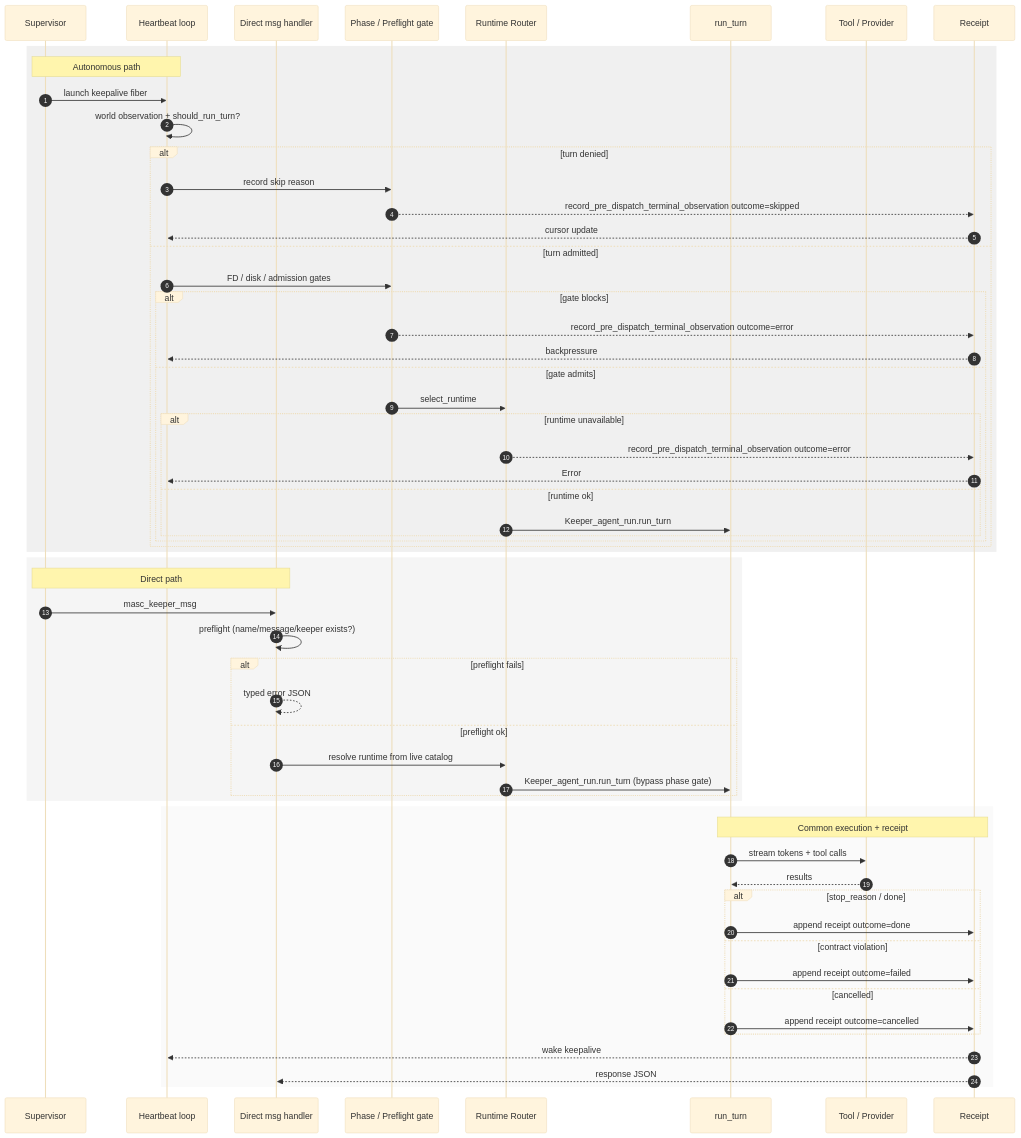
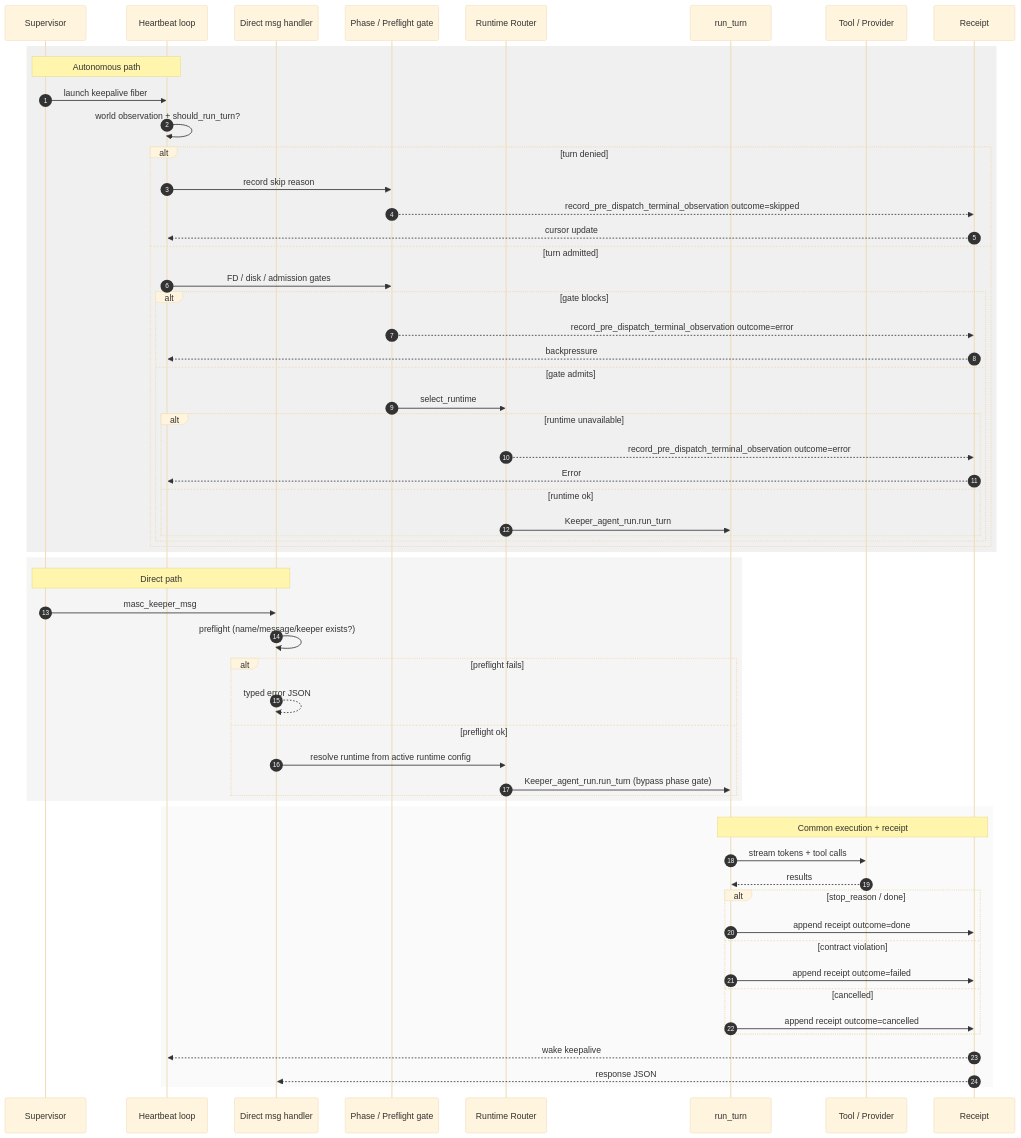
The fourth of 5 diagrams in docs/keeper-turn-lifecycle.md (jeong-sik/masc), drawn with Mermaid (base theme) before and after one commit. The commit also changed other lines of this file and 29 other files, not shown here.

Commit message:
Purge remaining doctor and runtime catalog docs

````diff
--- a/docs/keeper-turn-lifecycle.md
+++ b/docs/keeper-turn-lifecycle.md
@@ -110,64 +110,64 @@
 ```mermaid
 sequenceDiagram
     autonumber
     participant S as Supervisor
     participant H as Heartbeat loop
     participant D as Direct msg handler
     participant P as Phase / Preflight gate
     participant C as Runtime Router
     participant R as run_turn
     participant T as Tool / Provider
     participant E as Receipt
 
     rect rgb(240,240,240)
         Note over S,H: Autonomous path
         S->>H: launch keepalive fiber
         H->>H: world observation + should_run_turn?
         alt turn denied
             H->>P: record skip reason
             P-->>E: record_pre_dispatch_terminal_observation outcome=skipped
             E-->>H: cursor update
         else turn admitted
             H->>P: FD / disk / admission gates
             alt gate blocks
                 P-->>E: record_pre_dispatch_terminal_observation outcome=error
                 E-->>H: backpressure
             else gate admits
                 P->>C: select_runtime
                 alt runtime unavailable
                     C-->>E: record_pre_dispatch_terminal_observation outcome=error
                     E-->>H: Error
                 else runtime ok
                     C->>R: Keeper_agent_run.run_turn
                 end
             end
         end
     end
 
     rect rgb(245,245,245)
         Note over S,D: Direct path
         S->>D: masc_keeper_msg
         D->>D: preflight (name/message/keeper exists?)
         alt preflight fails
             D-->>D: typed error JSON
         else preflight ok
-            D->>C: resolve runtime from live catalog
+            D->>C: resolve runtime from active runtime config
             C->>R: Keeper_agent_run.run_turn (bypass phase gate)
         end
     end
 
     rect rgb(250,250,250)
         Note over R,E: Common execution + receipt
         R->>T: stream tokens + tool calls
         T-->>R: results
         alt stop_reason / done
             R->>E: append receipt outcome=done
         else contract violation
             R->>E: append receipt outcome=failed
         else cancelled
             R->>E: append receipt outcome=cancelled
         end
         E-->>H: wake keepalive
         E-->>D: response JSON
     end
 ```
````
